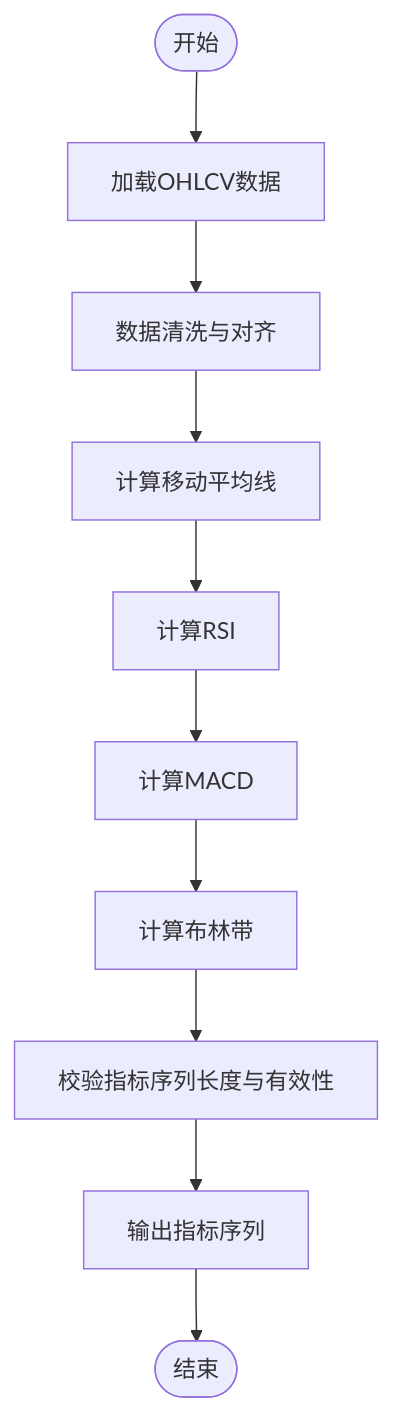
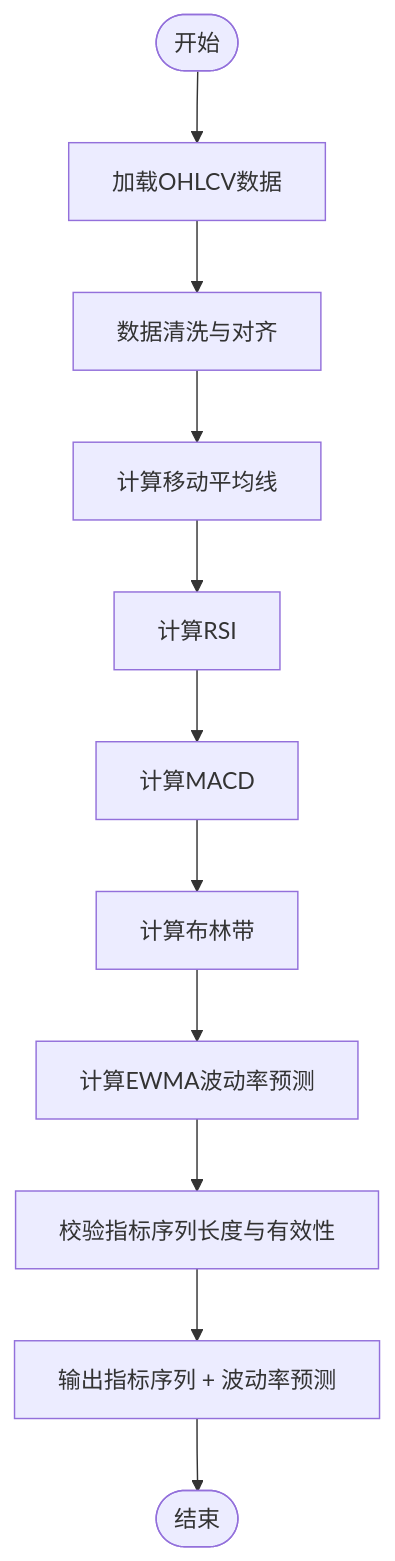
Before and after one commit to anYaoooo/daily_stock_analysis: the third of 10 diagrams in .qoder/repowiki/zh/content/交易策略系统/技术指标系统.md, drawn with Mermaid. The commit also changed other lines of this file and 23 other files, not shown here.

````diff
--- a/.qoder/repowiki/zh/content/交易策略系统/技术指标系统.md
+++ b/.qoder/repowiki/zh/content/交易策略系统/技术指标系统.md
@@ -162,12 +167,13 @@
 ```mermaid
 flowchart TD
 Start(["开始"]) --> LoadData["加载OHLCV数据"]
 LoadData --> Preprocess["数据清洗与对齐"]
 Preprocess --> ComputeMA["计算移动平均线"]
 ComputeMA --> ComputeRSI["计算RSI"]
 ComputeRSI --> ComputeMACD["计算MACD"]
 ComputeMACD --> ComputeBB["计算布林带"]
-ComputeBB --> Validate["校验指标序列长度与有效性"]
-Validate --> Output["输出指标序列"]
+ComputeBB --> ComputeEWMA["计算EWMA波动率预测"]
+ComputeEWMA --> Validate["校验指标序列长度与有效性"]
+Validate --> Output["输出指标序列 + 波动率预测"]
 Output --> End(["结束"])
 ```
````
